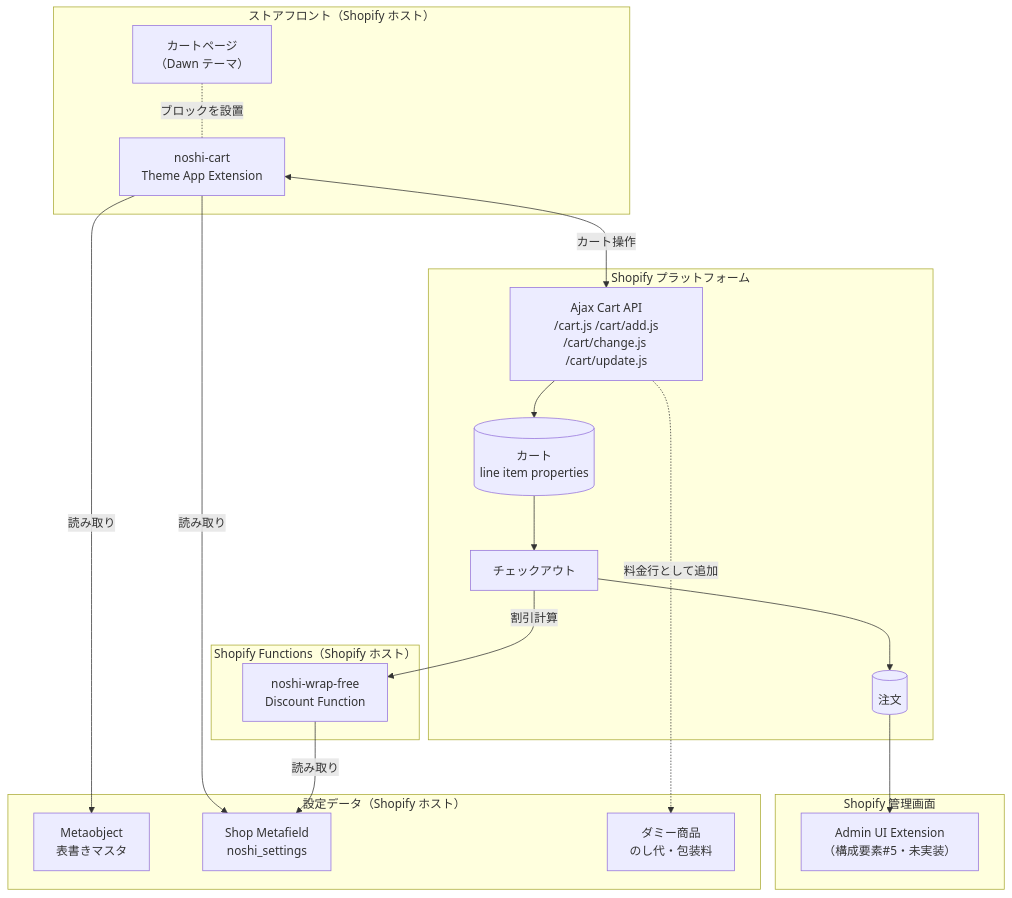
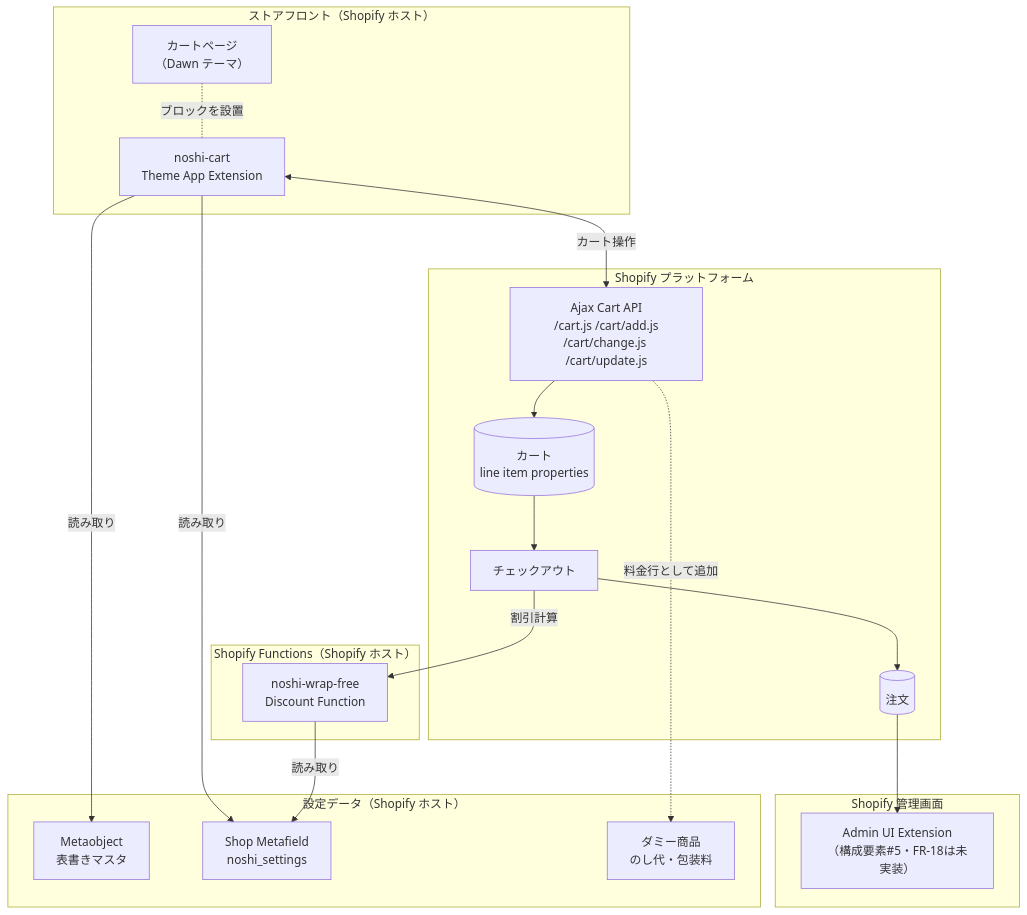
Before and after one commit to kaito-gif/portfolio-chanoka-app: the first of 5 diagrams in docs/design/02-basic-design.md, drawn with Mermaid. The commit also changed other lines of this file and 17 other files, not shown here.

````diff
--- a/docs/design/02-basic-design.md
+++ b/docs/design/02-basic-design.md
@@ -27,40 +27,40 @@
 ```mermaid
 flowchart TB
     subgraph front["ストアフロント（Shopify ホスト）"]
         cart["カートページ<br/>（Dawn テーマ）"]
         block["noshi-cart<br/>Theme App Extension"]
         cart -.ブロックを設置.- block
     end
 
     subgraph platform["Shopify プラットフォーム"]
         ajax["Ajax Cart API<br/>/cart.js /cart/add.js<br/>/cart/change.js /cart/update.js"]
         cartdata[("カート<br/>line item properties")]
         checkout["チェックアウト"]
         order[("注文")]
     end
 
     subgraph fn["Shopify Functions（Shopify ホスト）"]
         discount["noshi-wrap-free<br/>Discount Function"]
     end
 
     subgraph admin["Shopify 管理画面"]
-        adminblock["Admin UI Extension<br/>（構成要素#5・未実装）"]
+        adminblock["Admin UI Extension<br/>（構成要素#5・FR-18は未実装）"]
     end
 
     subgraph store["設定データ（Shopify ホスト）"]
         meta["Metaobject<br/>表書きマスタ"]
         mfield["Shop Metafield<br/>noshi_settings"]
         dummy["ダミー商品<br/>のし代・包装料"]
     end
 
     block -->|読み取り| meta
     block -->|読み取り| mfield
     block <-->|カート操作| ajax
     ajax --> cartdata
     cartdata --> checkout
     discount -->|読み取り| mfield
     checkout -->|割引計算| discount
     checkout --> order
     order --> adminblock
     ajax -.料金行として追加.-> dummy
 ```
````
